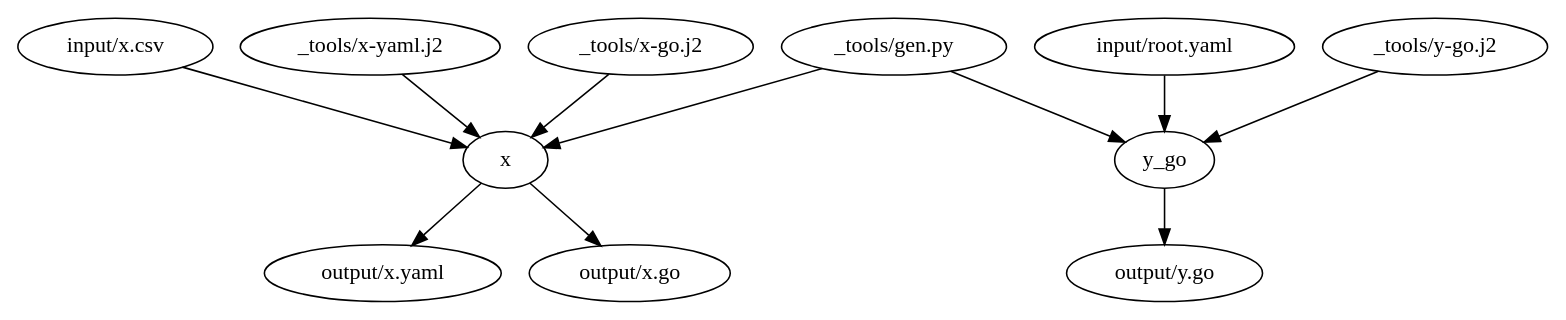
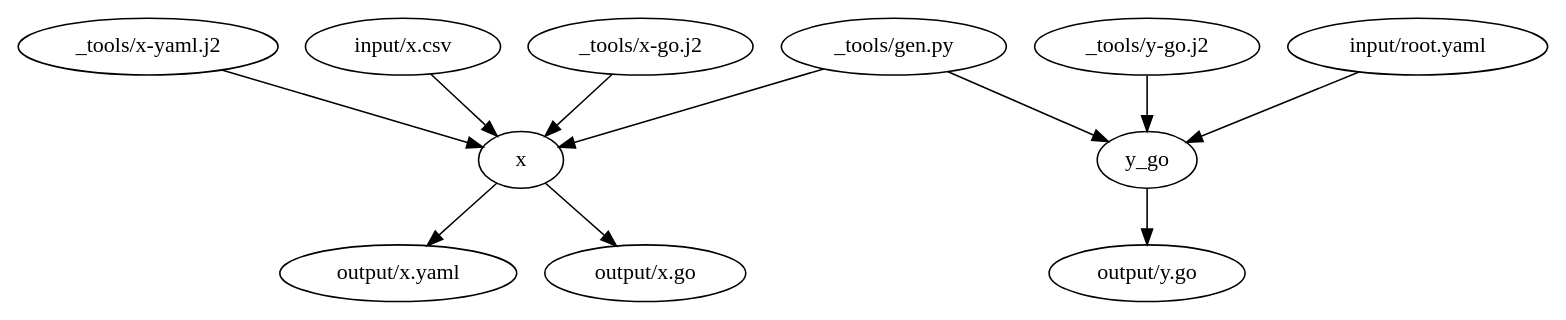
One commit to podhmo/egoist changed the diagram in examples/e2e/customize/02makegen-command/graph.dot. Above: the diagram before and after it, drawn with Graphviz. The commit also changed 22 other files, not shown here.

```diff
--- a/examples/e2e/customize/02makegen-command/graph.dot
+++ b/examples/e2e/customize/02makegen-command/graph.dot
@@ -1,26 +1,26 @@
 digraph G {
     // nodes
     g0 [label="x", shape=oval];
     g1 [label="output/x.yaml", shape=oval];
     g2 [label="output/x.go", shape=oval];
     g3 [label="y_go", shape=oval];
     g4 [label="output/y.go", shape=oval];
     g5 [label="_tools/gen.py", shape=oval];
-    g6 [label="input/x.csv", shape=oval];
-    g7 [label="_tools/x-yaml.j2", shape=oval];
+    g6 [label="_tools/x-yaml.j2", shape=oval];
+    g7 [label="input/x.csv", shape=oval];
     g8 [label="_tools/x-go.j2", shape=oval];
-    g9 [label="input/root.yaml", shape=oval];
-    g10 [label="_tools/y-go.j2", shape=oval];
+    g9 [label="_tools/y-go.j2", shape=oval];
+    g10 [label="input/root.yaml", shape=oval];
 
     // edges
     g5 -> g0;
     g6 -> g0;
     g7 -> g0;
     g8 -> g0;
     g0 -> g1;
     g0 -> g2;
     g5 -> g3;
     g9 -> g3;
     g10 -> g3;
     g3 -> g4;
 }
```
